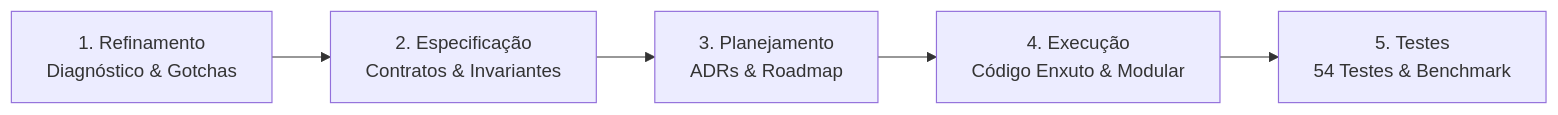
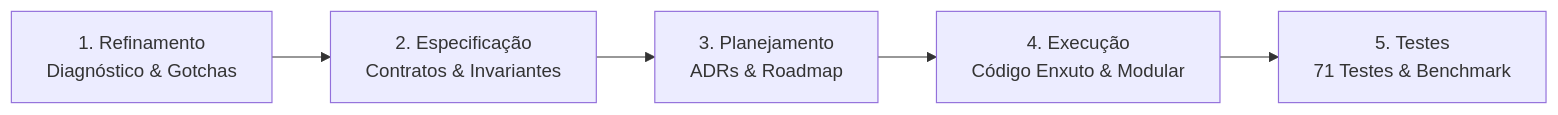
The second of 2 diagrams in README.md (issei/case-agents), drawn with Mermaid before and after one commit. The commit also changed other lines of this file and 17 other files, not shown here.

````diff
--- a/README.md
+++ b/README.md
@@ -93,7 +94,7 @@
 ```mermaid
 flowchart LR
     R[1. Refinamento<br/>Diagnóstico & Gotchas] --> S[2. Especificação<br/>Contratos & Invariantes]
     S --> P[3. Planejamento<br/>ADRs & Roadmap]
     P --> E[4. Execução<br/>Código Enxuto & Modular]
-    E --> T[5. Testes<br/>54 Testes & Benchmark]
+    E --> T[5. Testes<br/>71 Testes & Benchmark]
 ```
````
